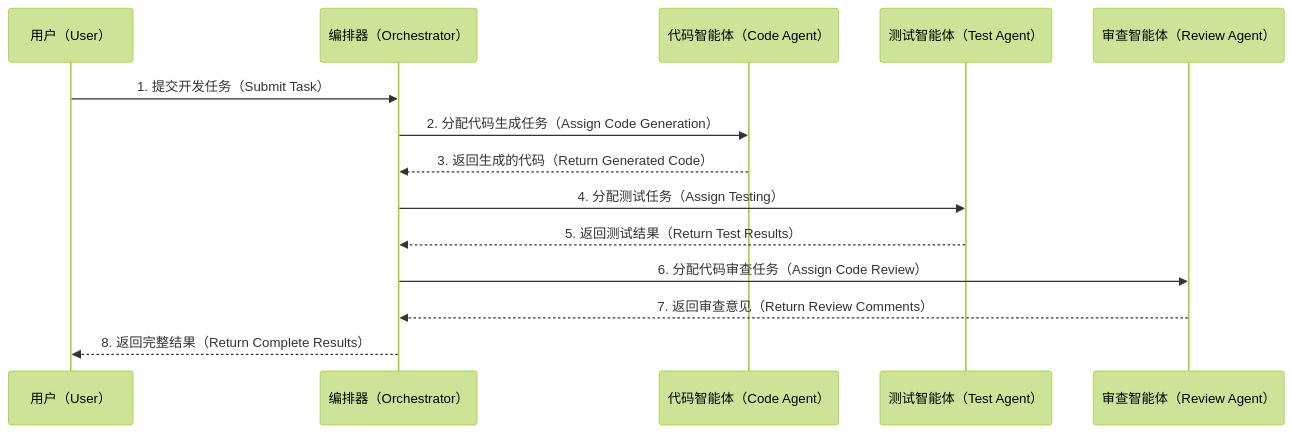
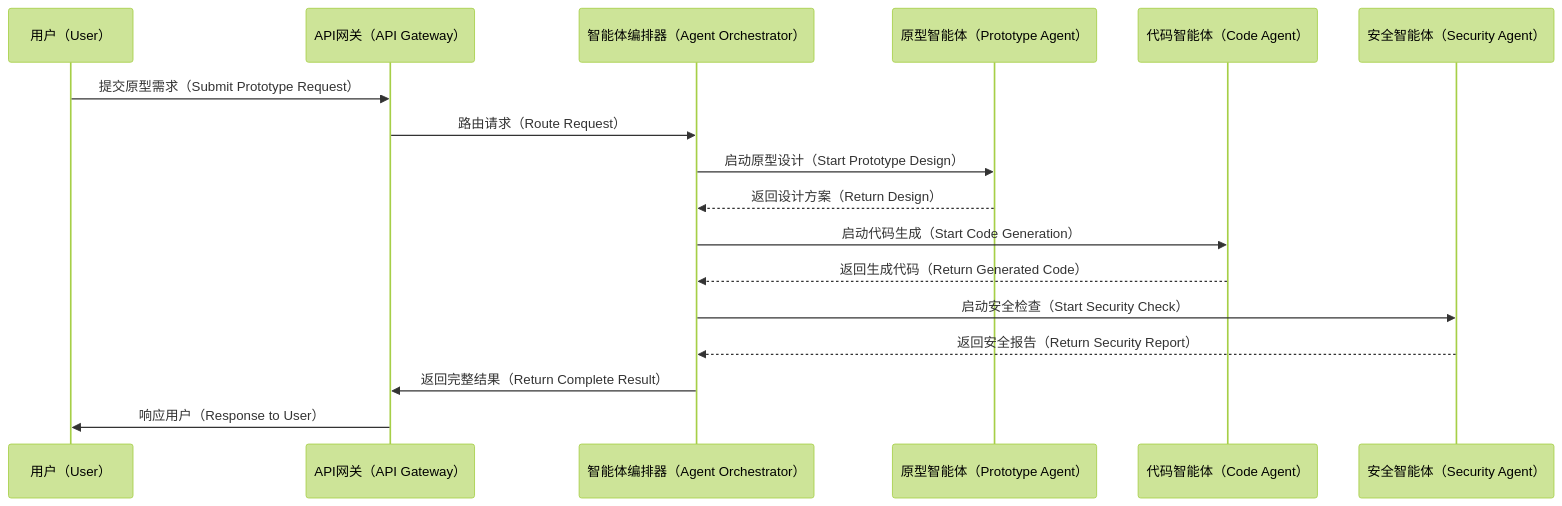
One commit to turtacn/protoforge changed the third of 7 diagrams in docs/architecture.md. Above: the diagram before and after it, drawn with Mermaid (forest theme). The commit also changed other lines of this file and 53 other files, not shown here.

````diff
--- a/docs/architecture.md
+++ b/docs/architecture.md
@@ -130,17 +165,24 @@
 ```mermaid
 sequenceDiagram
-    participant User as 用户（User）
-    participant Orchestrator as 编排器（Orchestrator）
-    participant CodeAgent as 代码智能体（Code Agent）
-    participant TestAgent as 测试智能体（Test Agent）
-    participant ReviewAgent as 审查智能体（Review Agent）
+    participant U as 用户（User）
+    participant AG as API网关（API Gateway）
+    participant AO as 智能体编排器（Agent Orchestrator）
+    participant PA as 原型智能体（Prototype Agent）
+    participant CA as 代码智能体（Code Agent）
+    participant SA as 安全智能体（Security Agent）
+
+    U->>AG: 提交原型需求（Submit Prototype Request）
+    AG->>AO: 路由请求（Route Request）
     
-    User->>Orchestrator: 1. 提交开发任务（Submit Task）
-    Orchestrator->>CodeAgent: 2. 分配代码生成任务（Assign Code Generation）
-    CodeAgent-->>Orchestrator: 3. 返回生成的代码（Return Generated Code）
-    Orchestrator->>TestAgent: 4. 分配测试任务（Assign Testing）
-    TestAgent-->>Orchestrator: 5. 返回测试结果（Return Test Results）
-    Orchestrator->>ReviewAgent: 6. 分配代码审查任务（Assign Code Review）
-    ReviewAgent-->>Orchestrator: 7. 返回审查意见（Return Review Comments）
-    Orchestrator-->>User: 8. 返回完整结果（Return Complete Results）
+    AO->>PA: 启动原型设计（Start Prototype Design）
+    PA-->>AO: 返回设计方案（Return Design）
+    
+    AO->>CA: 启动代码生成（Start Code Generation）
+    CA-->>AO: 返回生成代码（Return Generated Code）
+    
+    AO->>SA: 启动安全检查（Start Security Check）
+    SA-->>AO: 返回安全报告（Return Security Report）
+    
+    AO->>AG: 返回完整结果（Return Complete Result）
+    AG->>U: 响应用户（Response to User）
 ```
````
